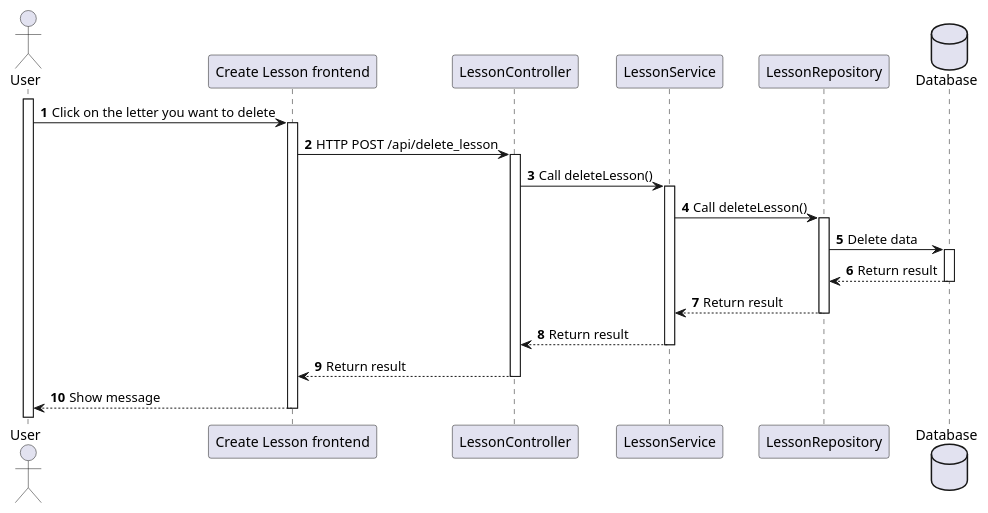
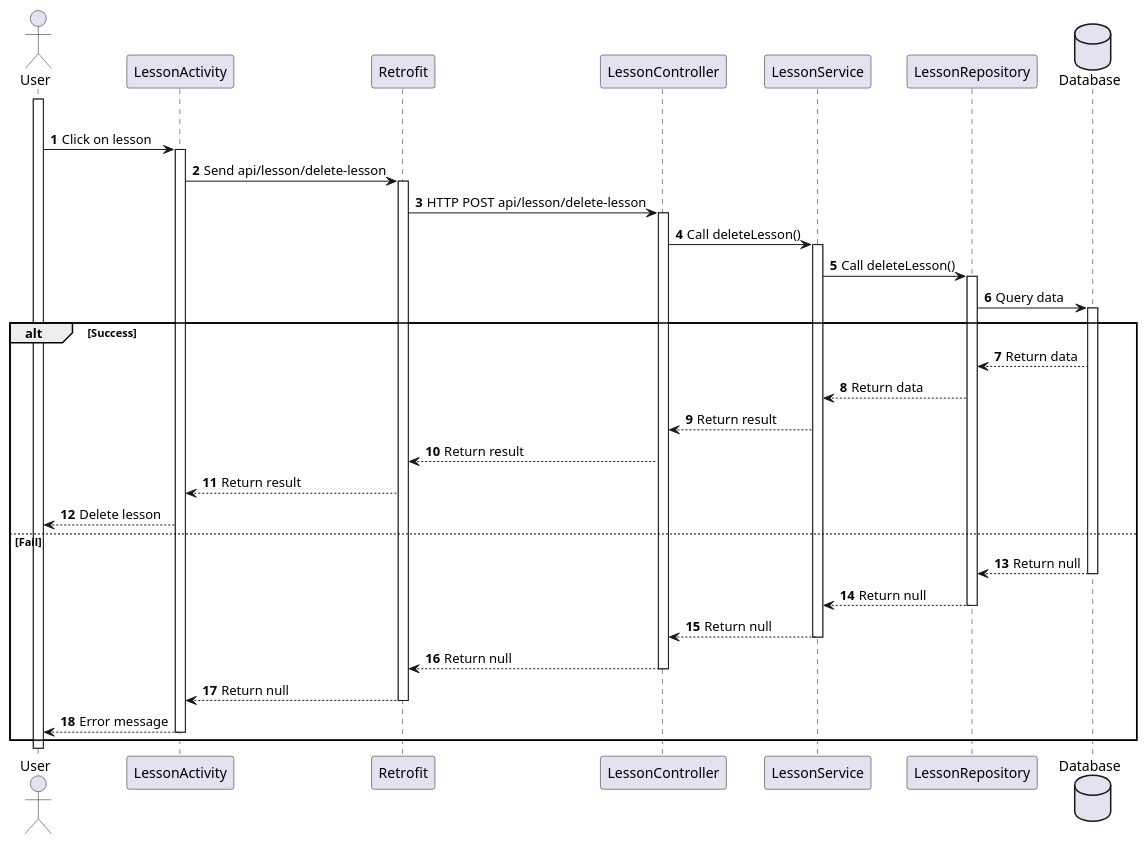
One commit to Annthe160639/japanese-app changed the diagram in japanese-app/plant_uml/Lesson/[Sequence] Delete_Lesson.puml. Above: the diagram before and after it, drawn with PlantUML. The commit also changed 13 other files, not shown here.

```diff
--- a/japanese-app/plant_uml/Lesson/[Sequence] Delete_Lesson.puml
+++ b/japanese-app/plant_uml/Lesson/[Sequence] Delete_Lesson.puml
@@ -1,31 +1,41 @@
 @startuml
 'https://plantuml.com/sequence-diagram
 
 autonumber
 
 actor User
 
-participant "Create Lesson frontend" as fe
+participant "LessonActivity" as Lesson
+participant "Retrofit" as Retrofit
 participant "LessonController" as Controller
 participant "LessonService" as Service
-participant "LessonRepository" as Repository
+participant "LessonRepository" as Repo
 
 database Database
 activate User
+alt Success
+User -> Lesson++: Click on lesson
+Lesson -> Retrofit++: Send api/lesson/delete-lesson
+Retrofit -> Controller++: HTTP POST api/lesson/delete-lesson
+Controller -> Service++: Call deleteLesson()
+Service -> Repo++: Call deleteLesson()
+Repo -> Database++: Query data
+alt Success
+Database-->Repo: Return data
+Repo-->Service: Return data
 
-User -> fe++: Click on the letter you want to delete
+Service-->Controller: Return result
+Controller-->Retrofit: Return result
+Retrofit --> Lesson: Return result
+Lesson --> User: Delete lesson
 
-fe -> Controller++: HTTP POST /api/delete_lesson
-Controller -> Service++: Call deleteLesson()
-Service -> Repository++: Call deleteLesson()
-Repository -> Database++: Delete data
-
-Database --> Repository--: Return result
-Repository --> Service--: Return result
-Service --> Controller--: Return result
-Controller --> fe--: Return result
-fe --> User--: Show message
-
-
+else Fail
+Database-->Repo--:Return null
+Repo-->Service--:Return null
+Service-->Controller--: Return null
+Controller-->Retrofit--: Return null
+Retrofit --> Lesson--: Return null
+Lesson --> User--: Error message
+end
 
 @enduml
```
